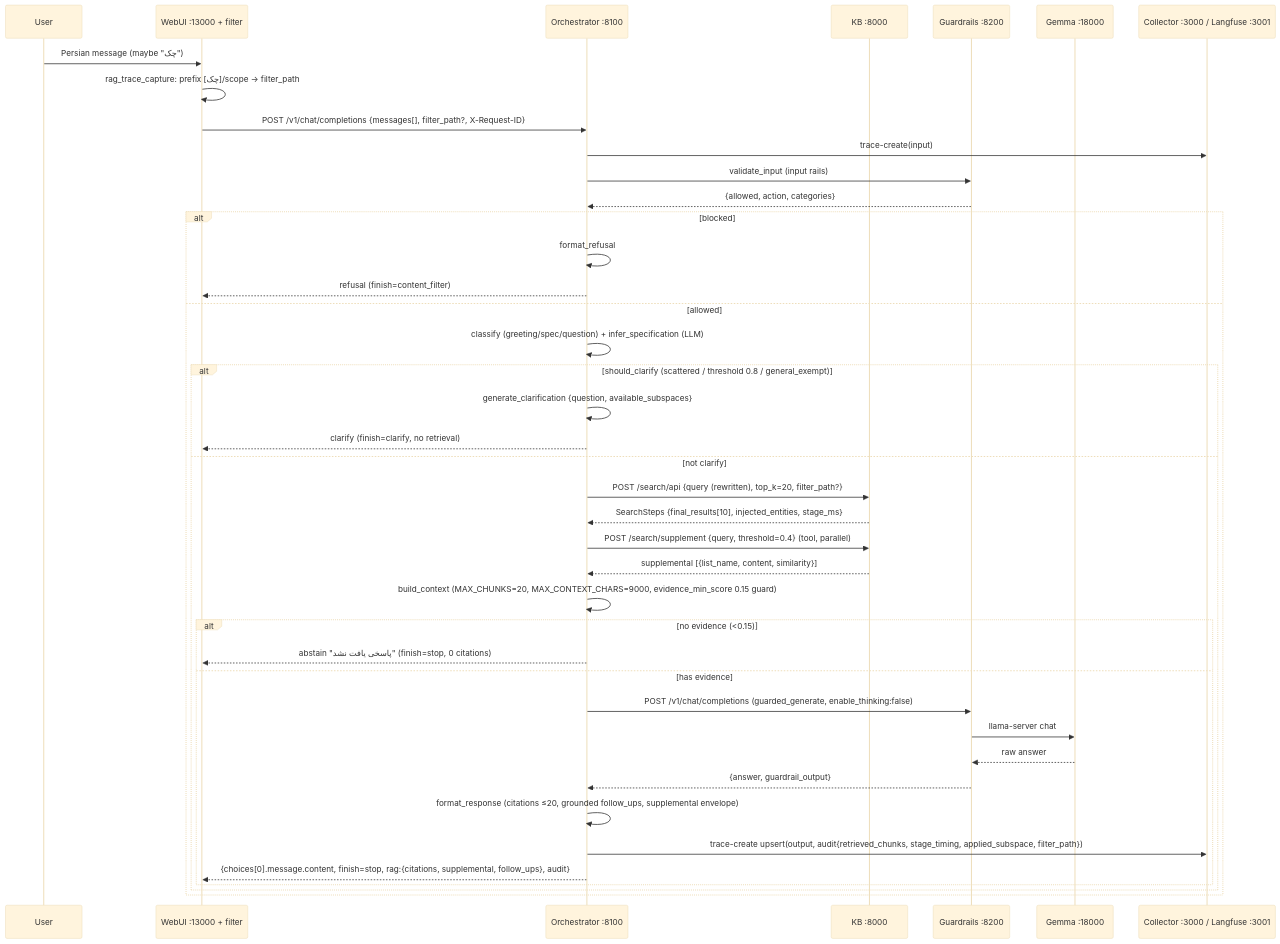
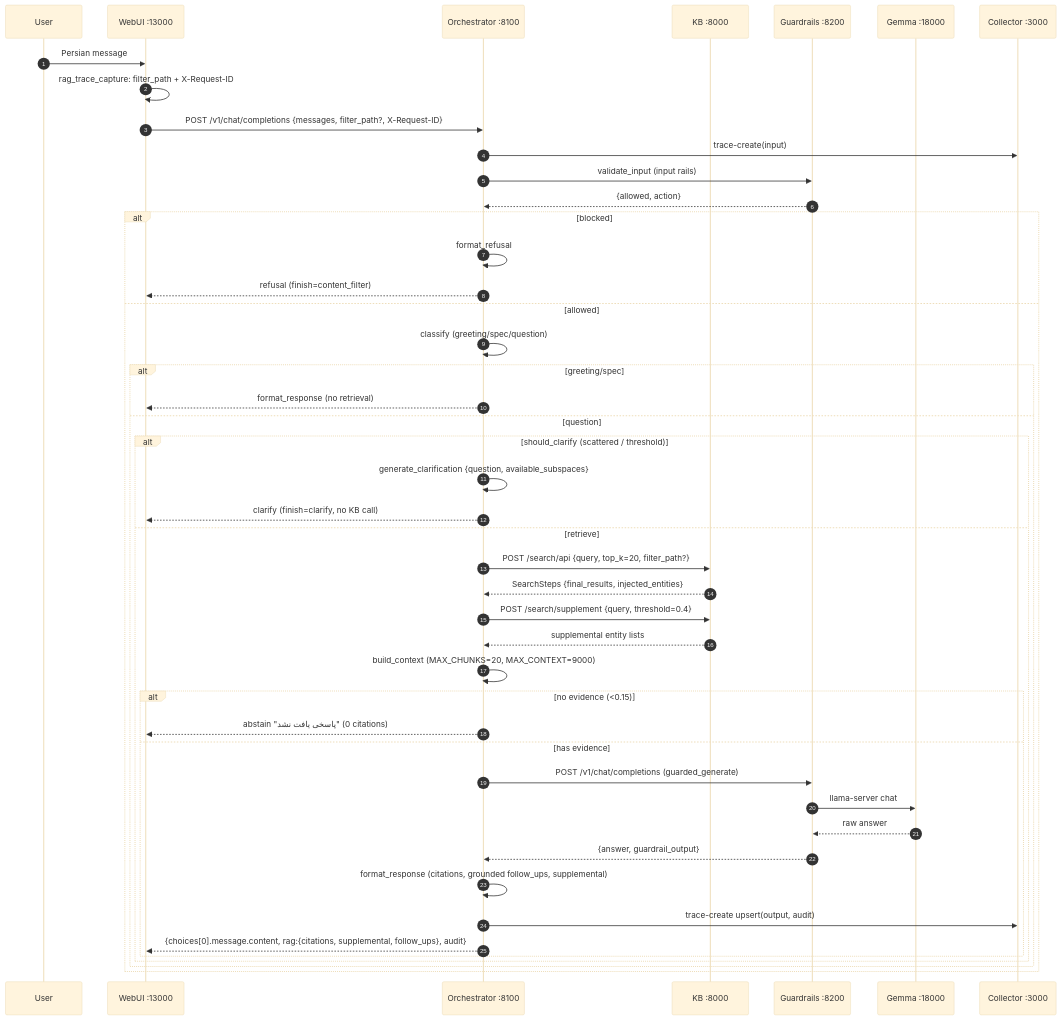
Before and after one commit to AliNikkhah2001/Work_Credit-RAG_Phase1: the second of 3 diagrams in README.md, drawn with Mermaid (base theme). The commit also changed other lines of this file, not shown here.

Commit message:
docs: rewrite self-contained umbrella README, summary changelog + production architecture

````diff
--- a/README.md
+++ b/README.md
@@ -366,46 +98,51 @@
 ```mermaid
 sequenceDiagram
+    autonumber
     participant U as User
-    participant W as WebUI :13000 + filter
+    participant W as WebUI :13000
     participant O as Orchestrator :8100
     participant K as KB :8000
     participant G as Guardrails :8200
     participant M as Gemma :18000
-    participant Obs as Collector :3000 / Langfuse :3001
+    participant Obs as Collector :3000
 
-    U->>W: Persian message (maybe "چک")
-    W->>W: rag_trace_capture: prefix [چک]/scope → filter_path
-    W->>O: POST /v1/chat/completions {messages[], filter_path?, X-Request-ID}
+    U->>W: Persian message
+    W->>W: rag_trace_capture: filter_path + X-Request-ID
+    W->>O: POST /v1/chat/completions {messages, filter_path?, X-Request-ID}
     O->>Obs: trace-create(input)
 
     O->>G: validate_input (input rails)
-    G-->>O: {allowed, action, categories}
+    G-->>O: {allowed, action}
 
     alt blocked
         O->>O: format_refusal
         O-->>W: refusal (finish=content_filter)
     else allowed
-        O->>O: classify (greeting/spec/question) + infer_specification (LLM)
-        alt should_clarify (scattered / threshold 0.8 / general_exempt)
-            O->>O: generate_clarification {question, available_subspaces}
-            O-->>W: clarify (finish=clarify, no retrieval)
-        else not clarify
-            O->>K: POST /search/api {query (rewritten), top_k=20, filter_path?}
-            K-->>O: SearchSteps {final_results[10], injected_entities, stage_ms}
-            O->>K: POST /search/supplement {query, threshold=0.4} (tool, parallel)
-            K-->>O: supplemental [{list_name, content, similarity}]
-            O->>O: build_context (MAX_CHUNKS=20, MAX_CONTEXT_CHARS=9000, evidence_min_score 0.15 guard)
-            alt no evidence (<0.15)
-                O-->>W: abstain "پاسخی یافت نشد" (finish=stop, 0 citations)
-            else has evidence
-                O->>G: POST /v1/chat/completions (guarded_generate, enable_thinking:false)
-                G->>M: llama-server chat
-                M-->>G: raw answer
-                G-->>O: {answer, guardrail_output}
-                O->>O: format_response (citations ≤20, grounded follow_ups, supplemental envelope)
-                O->>Obs: trace-create upsert(output, audit{retrieved_chunks, stage_timing, applied_subspace, filter_path})
-                O-->>W: {choices[0].message.content, finish=stop, rag:{citations, supplemental, follow_ups}, audit}
+        O->>O: classify (greeting/spec/question)
+        alt greeting/spec
+            O-->>W: format_response (no retrieval)
+        else question
+            alt should_clarify (scattered / threshold)
+                O->>O: generate_clarification {question, available_subspaces}
+                O-->>W: clarify (finish=clarify, no KB call)
+            else retrieve
+                O->>K: POST /search/api {query, top_k=20, filter_path?}
+                K-->>O: SearchSteps {final_results, injected_entities}
+                O->>K: POST /search/supplement {query, threshold=0.4}
+                K-->>O: supplemental entity lists
+                O->>O: build_context (MAX_CHUNKS=20, MAX_CONTEXT=9000)
+                alt no evidence (<0.15)
+                    O-->>W: abstain "پاسخی یافت نشد" (0 citations)
+                else has evidence
+                    O->>G: POST /v1/chat/completions (guarded_generate)
+                    G->>M: llama-server chat
+                    M-->>G: raw answer
+                    G-->>O: {answer, guardrail_output}
+                    O->>O: format_response (citations, grounded follow_ups, supplemental)
+                    O->>Obs: trace-create upsert(output, audit)
+                    O-->>W: {choices[0].message.content, rag:{citations, supplemental, follow_ups}, audit}
+                end
             end
         end
     end
 ```
````
